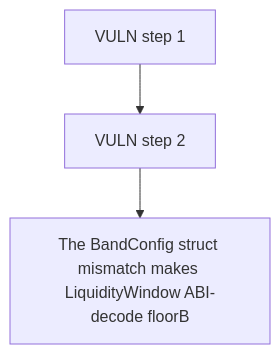
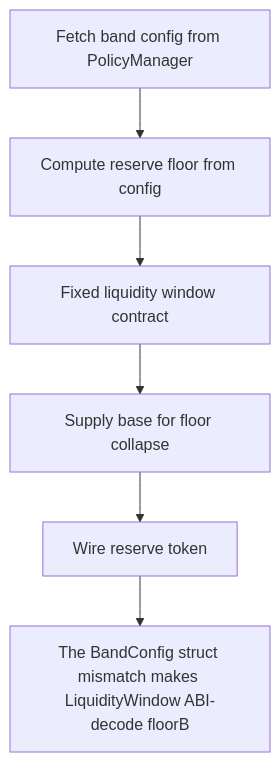
Before and after one commit to sanbir/evm-hack-registry: the diagram in 64664-abi-struct-mismatch-in-band-config-spearbit-none-buck-labs-s_exp/64664-abi-struct-mismatch-in-band-config-spearbit-none-buck-labs-s_exp.md, drawn with Mermaid. The commit also changed other lines of this file and 79 other files, not shown here.

````diff
--- a/64664-abi-struct-mismatch-in-band-config-spearbit-none-buck-labs-s_exp/64664-abi-struct-mismatch-in-band-config-spearbit-none-buck-labs-s_exp.md
+++ b/64664-abi-struct-mismatch-in-band-config-spearbit-none-buck-labs-s_exp/64664-abi-struct-mismatch-in-band-config-spearbit-none-buck-labs-s_exp.md
@@ -28,8 +28,14 @@
 ```mermaid
 flowchart TD
-  S0["VULN step 1"]
-  S1["VULN step 2"]
+  S0["Fetch band config from PolicyManager"]
+  S1["Compute reserve floor from config"]
+  S2["Fixed liquidity window contract"]
+  S3["Supply base for floor collapse"]
+  S4["Wire reserve token"]
   H["The BandConfig struct mismatch makes LiquidityWindow ABI-decode floorB"]
   S0 --> S1
-  S1 --> H
+  S1 --> S2
+  S2 --> S3
+  S3 --> S4
+  S4 --> H
 ```
````
